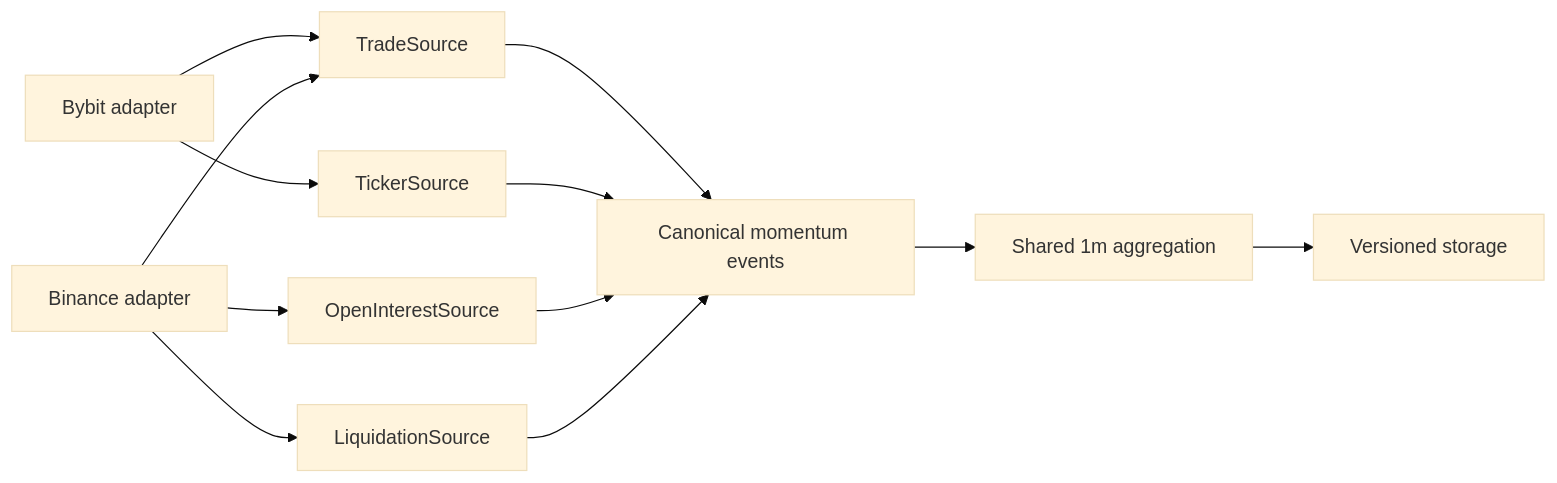
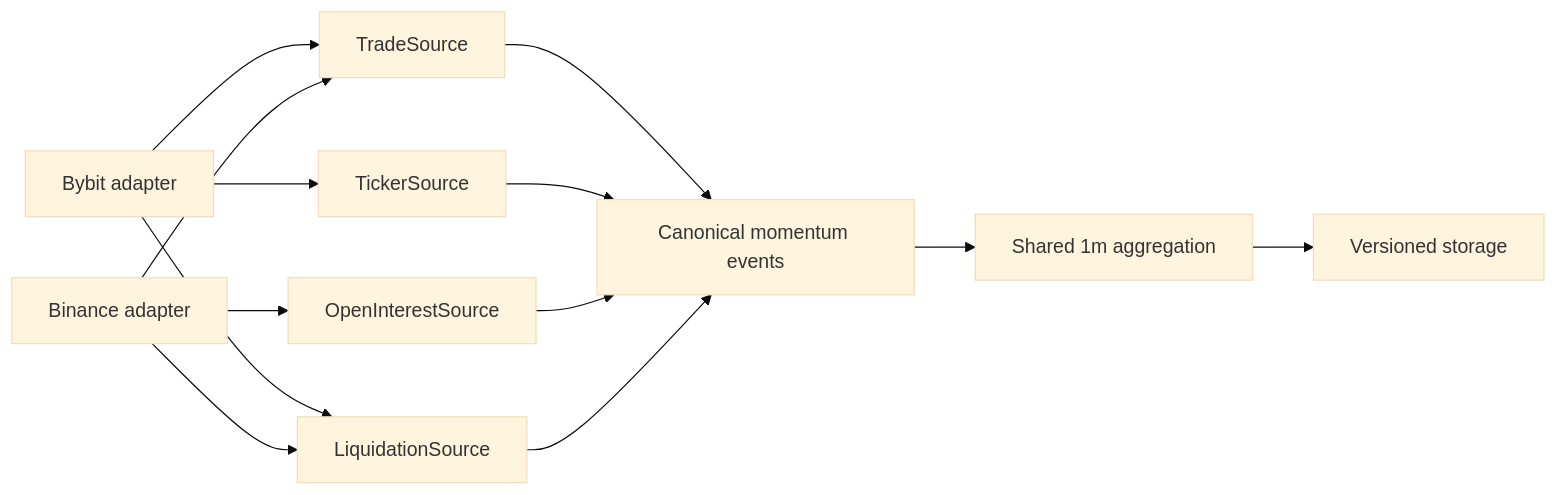
One commit to mavlevich/schurfer changed the diagram in docs/research/momentum-venue-capability-matrix-v1.md. Above: the diagram before and after it, drawn with Mermaid (base theme). The commit also changed other lines of this file and 23 other files, not shown here.

````diff
--- a/docs/research/momentum-venue-capability-matrix-v1.md
+++ b/docs/research/momentum-venue-capability-matrix-v1.md
@@ -42,14 +43,15 @@
 ```mermaid
 flowchart LR
     B["Bybit adapter"] --> T["TradeSource"]
     B --> K["TickerSource"]
+    B --> L["LiquidationSource"]
     N["Binance adapter"] --> T
     N --> O["OpenInterestSource"]
     N --> L["LiquidationSource"]
     T --> C["Canonical momentum events"]
     K --> C
     O --> C
     L --> C
     C --> A["Shared 1m aggregation"]
     A --> S["Versioned storage"]
 ```
````
